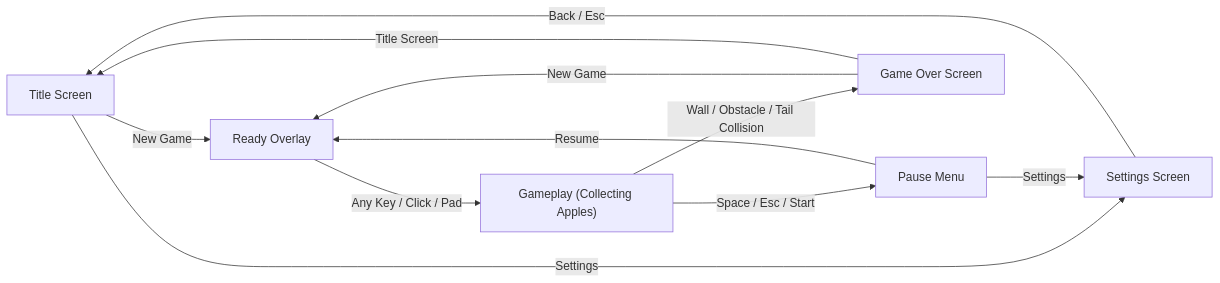
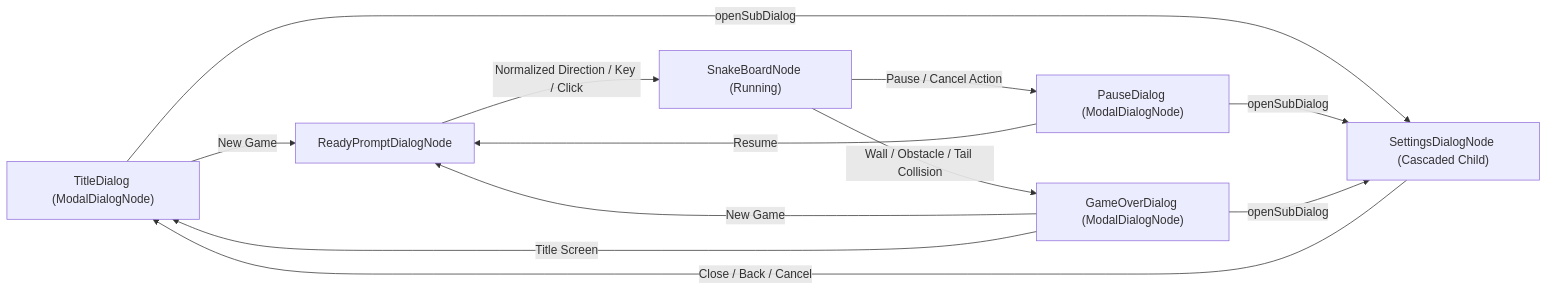
The diagram in docs/GDD.md (PatrycjuszF3apps/f3engine), drawn with Mermaid before and after one commit. The commit also changed other lines of this file and 36 other files, not shown here.

First line of the commit message:
feat(engine): add hierarchical application node graph, normalized input router, and UIKit.ClassicV1 controls (v1.2.0)

````diff
--- a/docs/GDD.md
+++ b/docs/GDD.md
@@ -12,13 +12,14 @@
 ```mermaid
 flowchart LR
-    Title["Title Screen"] -->|New Game| Ready["Ready Overlay"]
-    Ready -->|Any Key / Click / Pad| Gameplay["Gameplay (Collecting Apples)"]
-    Title -->|Settings| Settings["Settings Screen"]
-    Settings -->|Back / Esc| Title
-    Gameplay -->|Space / Esc / Start| Pause["Pause Menu"]
+    Title["TitleDialog (ModalDialogNode)"] -->|New Game| Ready["ReadyPromptDialogNode"]
+    Ready -->|Normalized Direction / Key / Click| Gameplay["SnakeBoardNode (Running)"]
+    Title -->|openSubDialog| Settings["SettingsDialogNode (Cascaded Child)"]
+    Settings -->|Close / Back / Cancel| Title
+    Gameplay -->|Pause / Cancel Action| Pause["PauseDialog (ModalDialogNode)"]
     Pause -->|Resume| Ready
-    Pause -->|Settings| Settings
-    Gameplay -->|Wall / Obstacle / Tail Collision| GameOver["Game Over Screen"]
+    Pause -->|openSubDialog| Settings
+    Gameplay -->|Wall / Obstacle / Tail Collision| GameOver["GameOverDialog (ModalDialogNode)"]
     GameOver -->|New Game| Ready
+    GameOver -->|openSubDialog| Settings
     GameOver -->|Title Screen| Title
 ```
````
